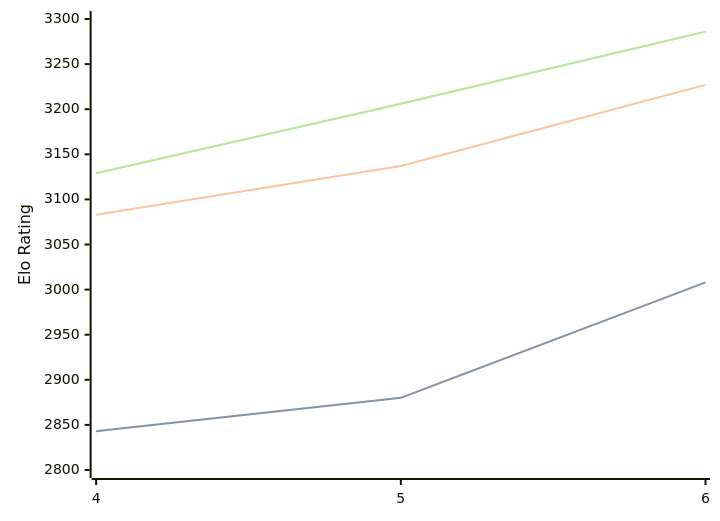
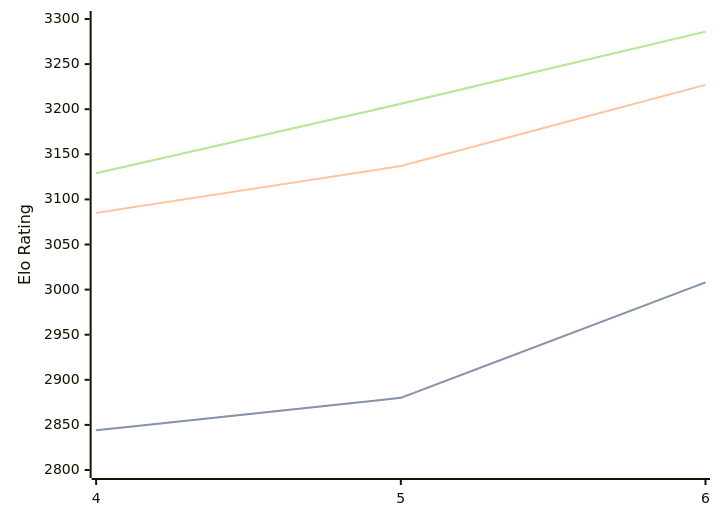
Before and after one commit to computer-chess-index/cci: the diagram in engines/Cwtch.md, drawn with Mermaid. The commit also changed other lines of this file, not shown here.

````diff
--- a/engines/Cwtch.md
+++ b/engines/Cwtch.md
@@ -34,11 +34,11 @@
 ```mermaid
 %%{init: {"theme":"base","themeVariables":{"seriesColors:['#a3a3a3','#222221','#faa371']}}}%%
 xychart-beta
   x-axis ["4", "5", "6"]
   y-axis "Elo Rating" 2800 --> 3300
-  line "STC (8.0+0.08s)" [2843, 2880, 3008]
-  line "STC (8.0+0.08s)" [2843, 2880, 3008]
-  line "LTC (60.0+0.60s)" [3083, 3137, 3227]
+  line "STC (8.0+0.08s)" [2844, 2880, 3008]
+  line "STC (8.0+0.08s)" [2844, 2880, 3008]
+  line "LTC (60.0+0.60s)" [3085, 3137, 3227]
   line "VLTC (2m24s+1.12s)" [3129, 3206, 3286]
   line "VLTC (2m24s+1.12s)" [3129, 3206, 3286]
 ```
````
